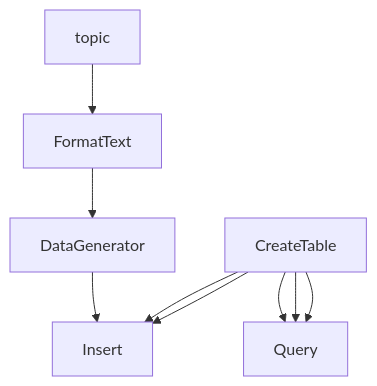
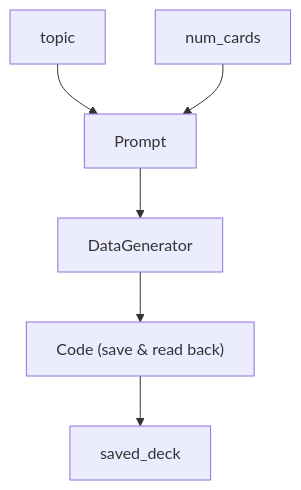
The diagram in docs/workflows/flashcard-generator.md (nodetool-ai/nodetool), drawn with Mermaid before and after one commit. The commit also changed other lines of this file and 21 other files, not shown here.

```diff
--- a/docs/workflows/flashcard-generator.md
+++ b/docs/workflows/flashcard-generator.md
@@ -22,17 +22,14 @@
 {% mermaid %}
 graph TD
   topic_topic_["topic"]
-  createtable_create["CreateTable"]
-  formattext_format["FormatText"]
+  num_cards_input["num_cards"]
+  formattext_format["Prompt"]
   datagenerator_genera["DataGenerator"]
-  insert_insert["Insert"]
-  query_query_["Query"]
+  store_cards["Code (save & read back)"]
+  deck_output["saved_deck"]
   topic_topic_ --> formattext_format
+  num_cards_input --> formattext_format
   formattext_format --> datagenerator_genera
-  datagenerator_genera --> insert_insert
-  createtable_create --> query_query_
-  createtable_create --> query_query_
-  createtable_create --> insert_insert
-  createtable_create --> insert_insert
-  createtable_create --> query_query_
+  datagenerator_genera --> store_cards
+  store_cards --> deck_output
 {% endmermaid %}
```
